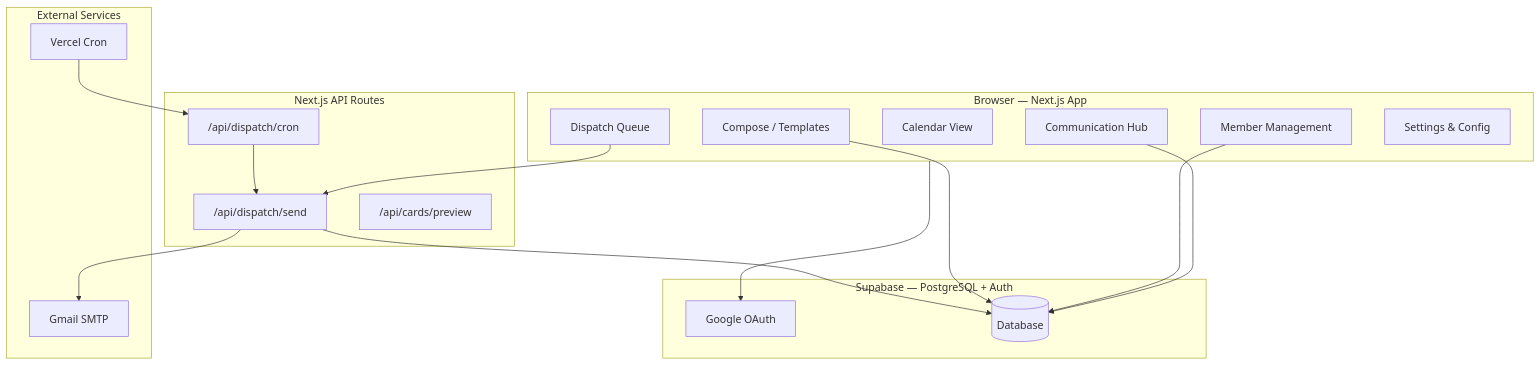
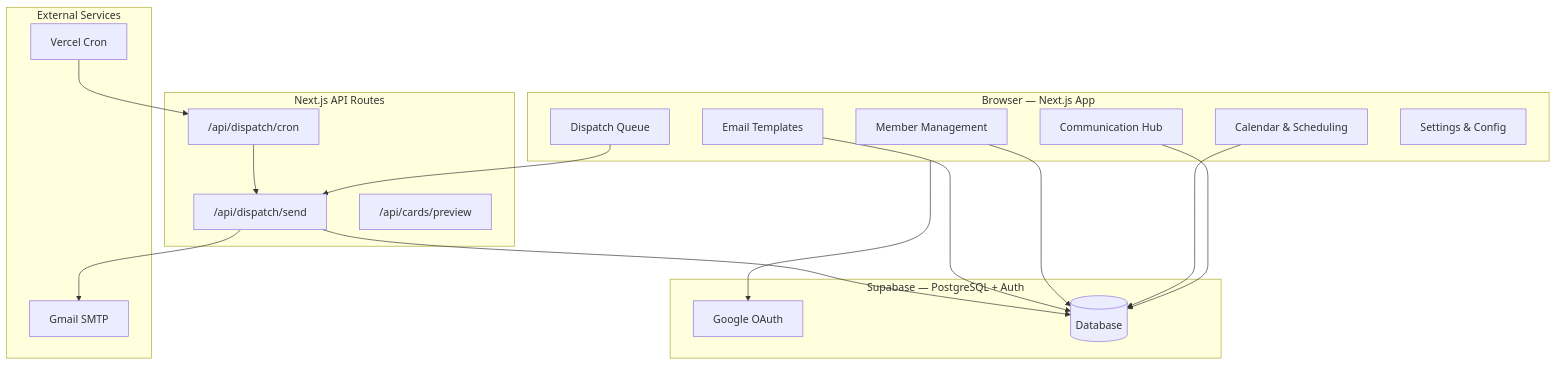
One commit to jpurusho/ccisr-connect changed the first of 4 diagrams in README.md. Above: the diagram before and after it, drawn with Mermaid. The commit also changed other lines of this file and 1 other file, not shown here.

First line of the commit message:
docs: architecture assessment + README update for v1.35

````diff
--- a/README.md
+++ b/README.md
@@ -46,37 +53,38 @@
 ```mermaid
 graph TB
     subgraph Client["Browser — Next.js App"]
         Dashboard[Communication Hub]
+        Calendar[Calendar & Scheduling]
         Members[Member Management]
-        Calendar[Calendar View]
-        Compose[Compose / Templates]
+        Templates[Email Templates]
         Dispatch[Dispatch Queue]
         Settings[Settings & Config]
     end
 
     subgraph API["Next.js API Routes"]
         SendAPI["/api/dispatch/send"]
         CronAPI["/api/dispatch/cron"]
         PreviewAPI["/api/cards/preview"]
     end
 
     subgraph Supabase["Supabase — PostgreSQL + Auth"]
         Auth[Google OAuth]
         DB[(Database)]
     end
 
     subgraph External["External Services"]
         SMTP[Gmail SMTP]
         Vercel[Vercel Cron]
     end
 
     Dashboard --> DB
+    Calendar --> DB
     Members --> DB
-    Compose --> DB
+    Templates --> DB
     Dispatch --> SendAPI
     SendAPI --> SMTP
     SendAPI --> DB
     Vercel --> CronAPI
     CronAPI --> SendAPI
     Client --> Auth
 ```
````
